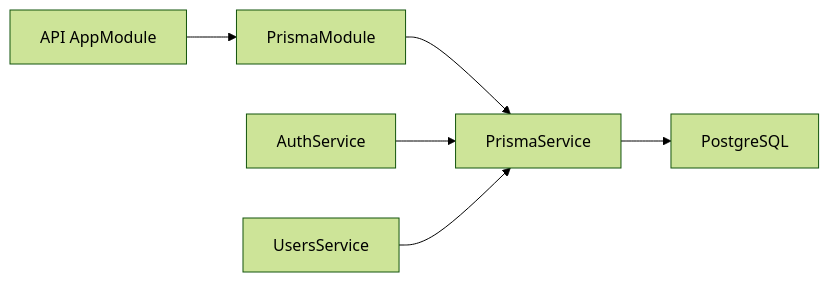
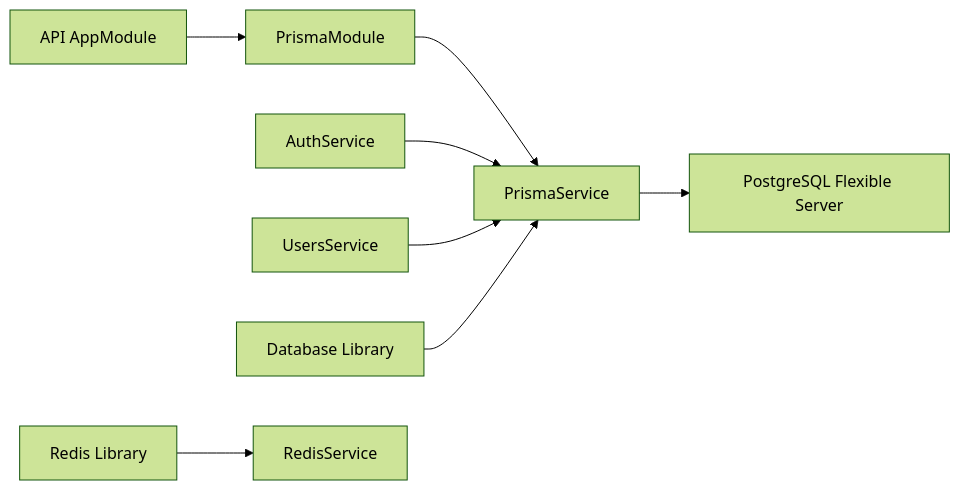
Before and after one commit to Avi-Bendetsky/Quiz-to-build: the seventh of 7 diagrams in .qoder/repowiki/en/content/Database Management.md, drawn with Mermaid (forest theme). The commit also changed other lines of this file and 41 other files, not shown here.

````diff
--- a/.qoder/repowiki/en/content/Database Management.md
+++ b/.qoder/repowiki/en/content/Database Management.md
@@ -290,8 +386,10 @@
 ```mermaid
 graph LR
 API["API AppModule"] --> PM["PrismaModule"]
 PM --> PS["PrismaService"]
-PS --> DB["PostgreSQL"]
+PS --> DB["PostgreSQL Flexible Server"]
 AuthService["AuthService"] --> PS
 UsersService["UsersService"] --> PS
+DBLib["Database Library"] --> PS
+RedisLib["Redis Library"] --> RedisService["RedisService"]
 ```
````
